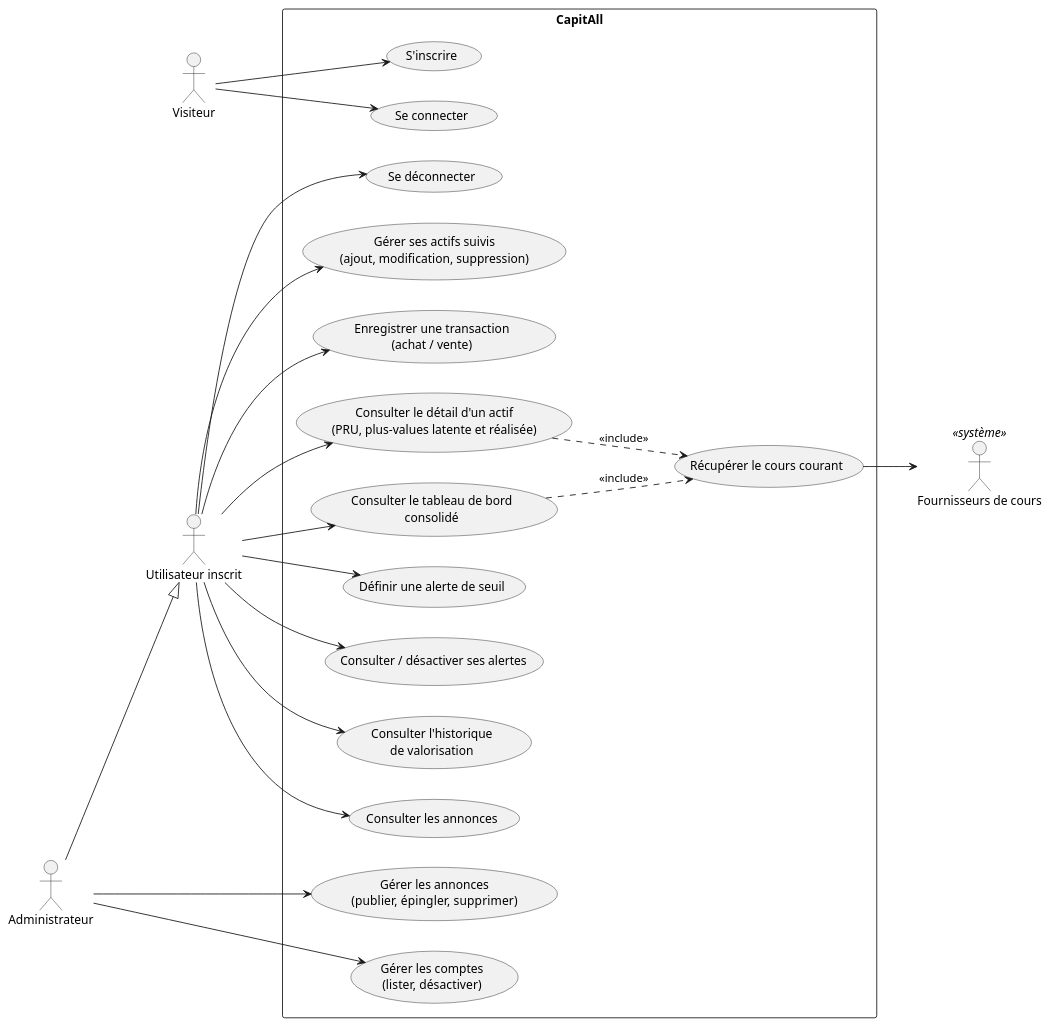
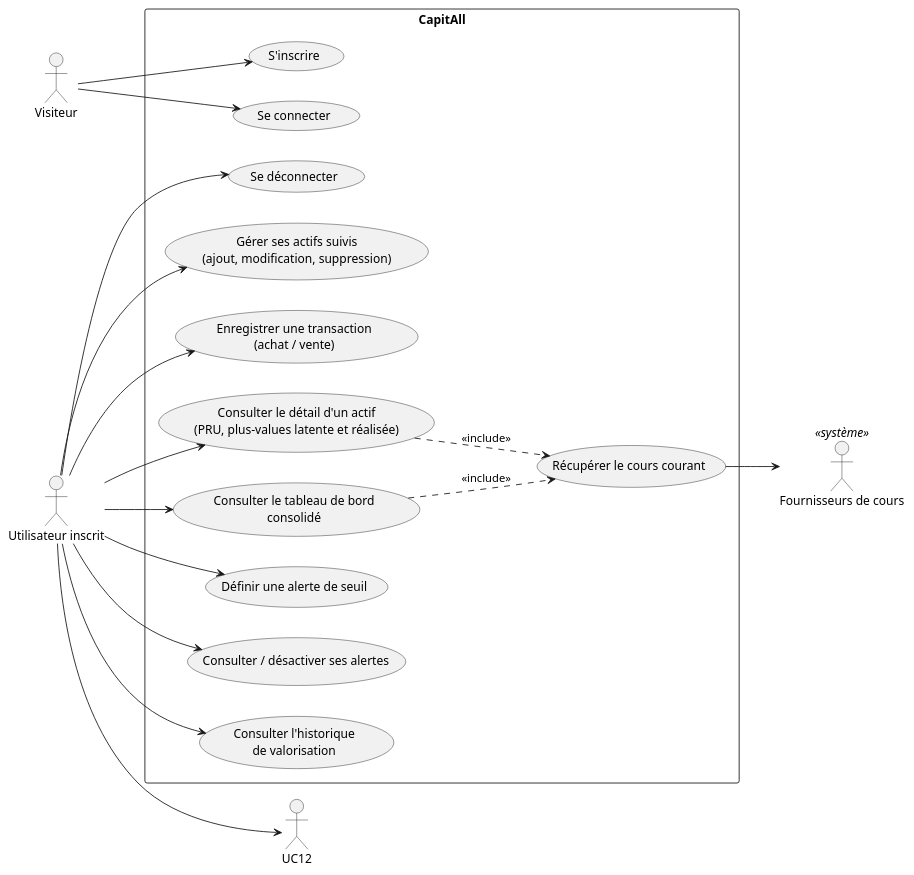
The diagram in docs/conception/cas-utilisation.md (geoffrey-carpentier/CapitAll), drawn with PlantUML before and after one commit. The commit also changed other lines of this file and 11 other files, not shown here.

````diff
--- a/docs/conception/cas-utilisation.md
+++ b/docs/conception/cas-utilisation.md
@@ -37,44 +38,37 @@
 ```plantuml
 @startuml
 left to right direction
 actor Visiteur as V
 actor "Utilisateur inscrit" as U
-actor Administrateur as A
 actor "Fournisseurs de cours" as API <<système>>
-A --|> U
 
 rectangle CapitAll {
   usecase "S'inscrire" as UC1
   usecase "Se connecter" as UC2
   usecase "Se déconnecter" as UC3
   usecase "Gérer ses actifs suivis\n(ajout, modification, suppression)" as UC4
   usecase "Enregistrer une transaction\n(achat / vente)" as UC5
   usecase "Consulter le détail d'un actif\n(PRU, plus-values latente et réalisée)" as UC6
   usecase "Consulter le tableau de bord\nconsolidé" as UC7
   usecase "Récupérer le cours courant" as UC8
   usecase "Définir une alerte de seuil" as UC9
   usecase "Consulter / désactiver ses alertes" as UC10
   usecase "Consulter l'historique\nde valorisation" as UC11
-  usecase "Consulter les annonces" as UC12
-  usecase "Gérer les annonces\n(publier, épingler, supprimer)" as UC13
-  usecase "Gérer les comptes\n(lister, désactiver)" as UC14
 }
 
 V --> UC1
 V --> UC2
 U --> UC3
 U --> UC4
 U --> UC5
+U --> UC12
 U --> UC6
 U --> UC7
 U --> UC9
 U --> UC10
 U --> UC11
-U --> UC12
-A --> UC13
-A --> UC14
 UC6 ..> UC8 : <<include>>
 UC7 ..> UC8 : <<include>>
 UC8 --> API
 @enduml
 ```
````
